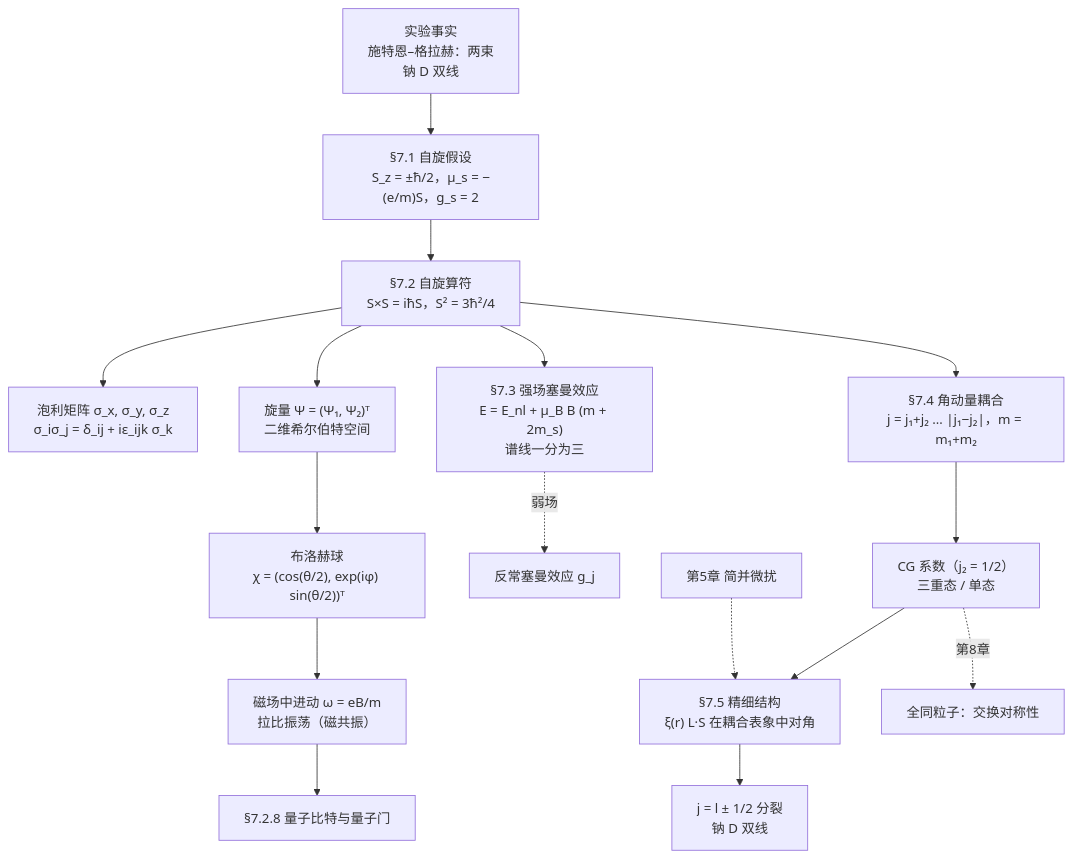
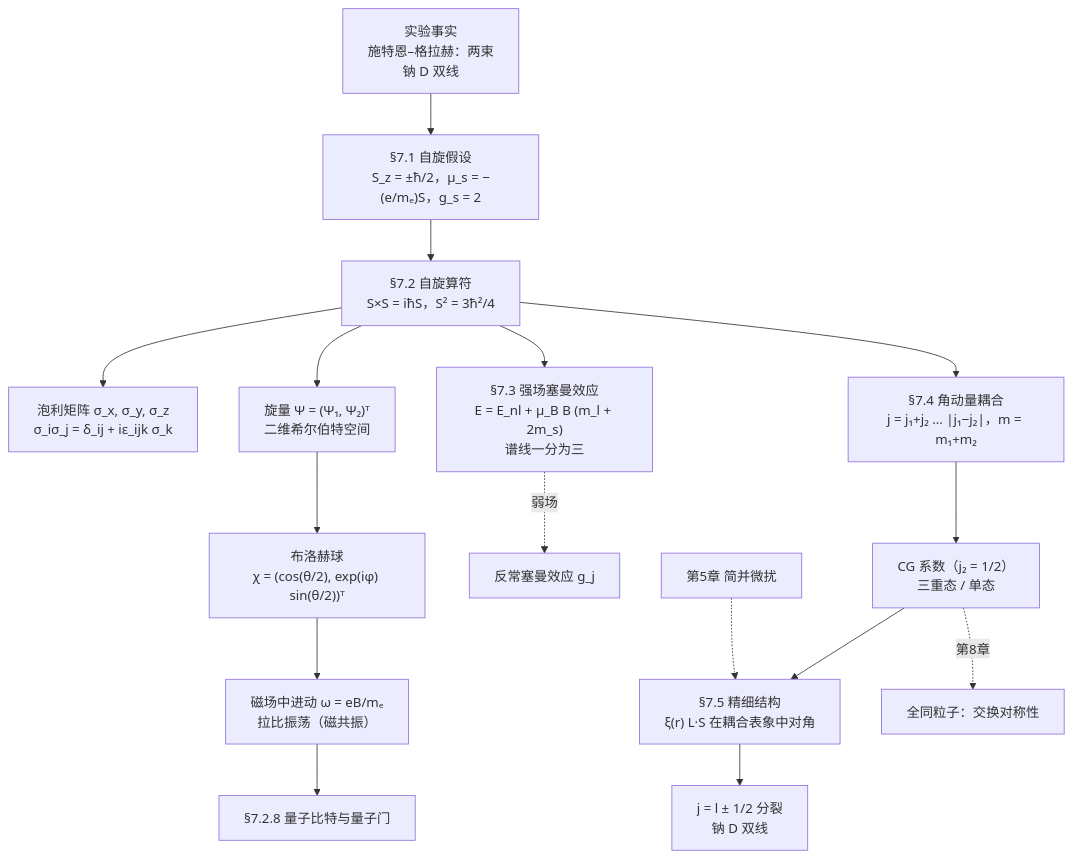
Before and after one commit to cockroach-f/quantum-mechanics: the diagram in docs/ch7.md, drawn with Mermaid. The commit also changed other lines of this file and 5 other files, not shown here.

Commit message:
勘误：全同粒子散射截面（ch6 补充练习 2、例题 8.7）、氢分子公式、归纳图记号与边标签

````diff
--- a/docs/ch7.md
+++ b/docs/ch7.md
@@ -820,18 +820,18 @@
     ```mermaid
     flowchart TD
-        EXP["实验事实<br/>施特恩–格拉赫：两束<br/>钠 D 双线"] --> HYP["§7.1 自旋假设<br/>S_z = ±ħ/2，μ_s = −(e/m)S，g_s = 2"]
+        EXP["实验事实<br/>施特恩–格拉赫：两束<br/>钠 D 双线"] --> HYP["§7.1 自旋假设<br/>S_z = ±ħ/2，μ_s = −(e/mₑ)S，g_s = 2"]
         HYP --> OP["§7.2 自旋算符<br/>S×S = iħS，S² = 3ħ²/4"]
         OP --> PAULI["泡利矩阵 σ_x, σ_y, σ_z<br/>σ_iσ_j = δ_ij + iε_ijk σ_k"]
         OP --> SPINOR["旋量 Ψ = (Ψ₁, Ψ₂)ᵀ<br/>二维希尔伯特空间"]
         SPINOR --> BLOCH["布洛赫球<br/>χ = (cos(θ/2), exp(iφ) sin(θ/2))ᵀ"]
-        BLOCH --> PREC["磁场中进动 ω = eB/m<br/>拉比振荡（磁共振）"]
+        BLOCH --> PREC["磁场中进动 ω = eB/mₑ<br/>拉比振荡（磁共振）"]
         PREC --> QB["§7.2.8 量子比特与量子门"]
-        OP --> ZEE["§7.3 强场塞曼效应<br/>E = E_nl + μ_B B (m + 2m_s)<br/>谱线一分为三"]
+        OP --> ZEE["§7.3 强场塞曼效应<br/>E = E_nl + μ_B B (m_l + 2m_s)<br/>谱线一分为三"]
         OP --> CPL["§7.4 角动量耦合<br/>j = j₁+j₂ … |j₁−j₂|，m = m₁+m₂"]
         CPL --> CG["CG 系数（j₂ = 1/2）<br/>三重态 / 单态"]
         CG --> FS["§7.5 精细结构<br/>ξ(r) L·S 在耦合表象中对角"]
         FS --> DLINE["j = l ± 1/2 分裂<br/>钠 D 双线"]
         PT["第5章 简并微扰"] -.-> FS
-        CG -.第8章.-> ID["全同粒子：交换对称性"]
-        ZEE -.弱场.-> LANDE["反常塞曼效应 g_j"]
+        CG -.->|"第8章"| ID["全同粒子：交换对称性"]
+        ZEE -.->|"弱场"| LANDE["反常塞曼效应 g_j"]
     ```
````
